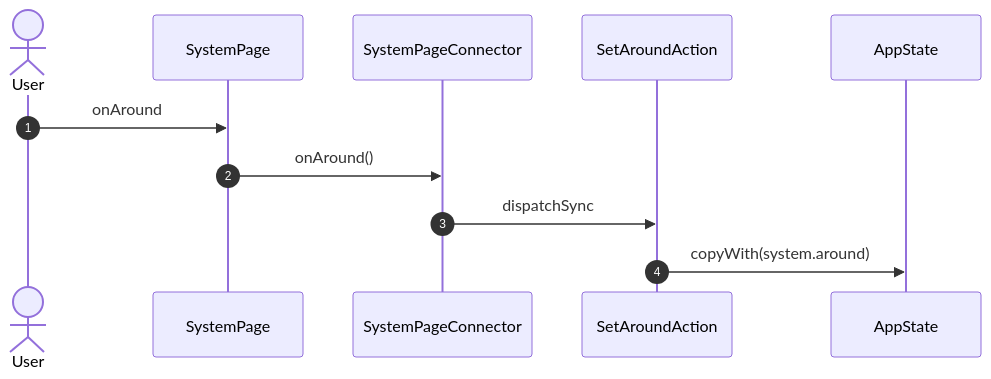
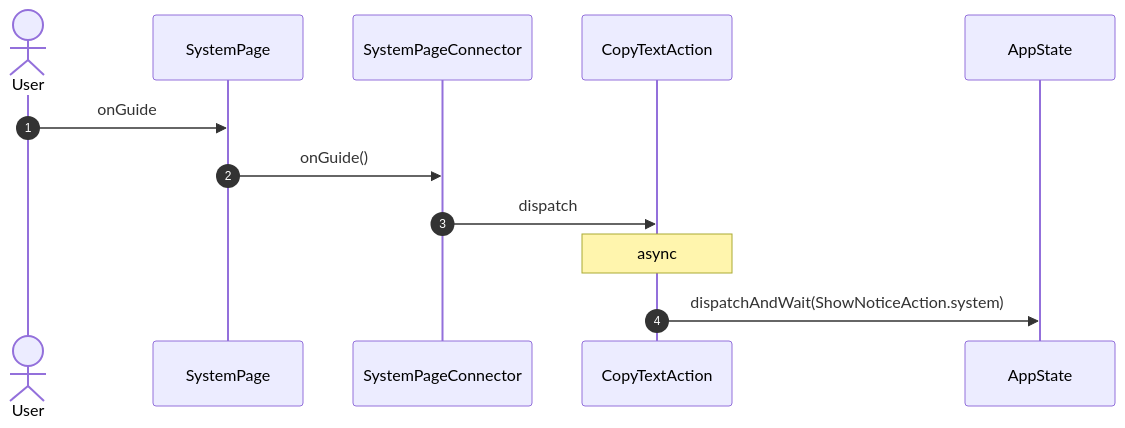
One commit to gencto/wyrm changed diagram 12 of 26 in studio/docs/flows/system.md. Above: the diagram before and after it, drawn with Mermaid. The commit also changed other lines of this file and 88 other files, not shown here.

First line of the commit message:
studio: system: typed values, words in ui, one action per intent

````diff
--- a/studio/docs/flows/system.md
+++ b/studio/docs/flows/system.md
@@ -269,14 +197,15 @@
 ```mermaid
 sequenceDiagram
     autonumber
     actor User
     participant UI as SystemPage
     participant VM as SystemPageConnector
-    participant A1 as SetAroundAction
+    participant A1 as CopyTextAction
     participant ST as AppState
 
-    User->>UI: onAround
-    UI->>VM: onAround()
-    VM->>A1: dispatchSync
-    A1->>ST: copyWith(system.around)
+    User->>UI: onGuide
+    UI->>VM: onGuide()
+    VM->>A1: dispatch
+    Note over A1: async
+    A1->>ST: dispatchAndWait(ShowNoticeAction.system)
 ```
````
